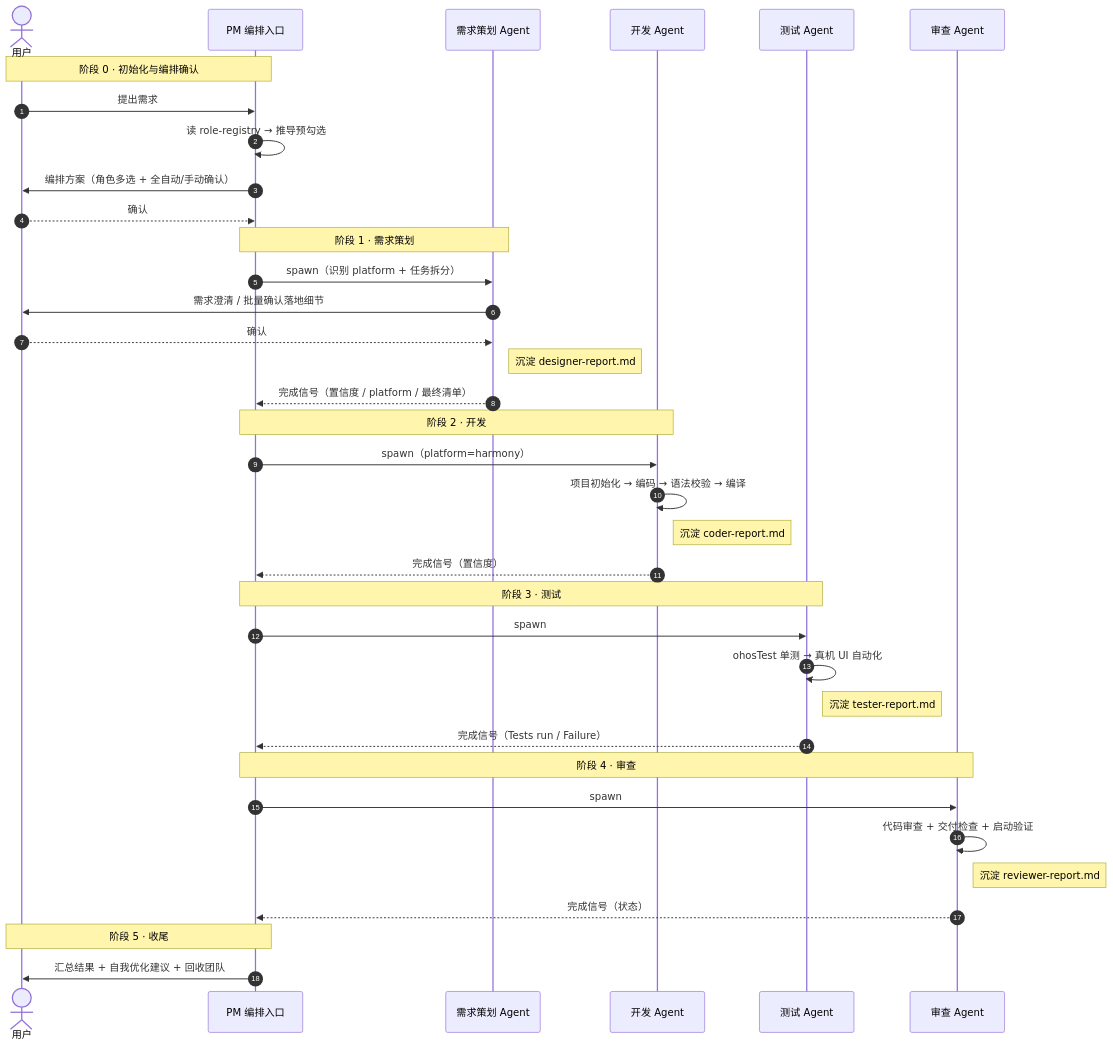
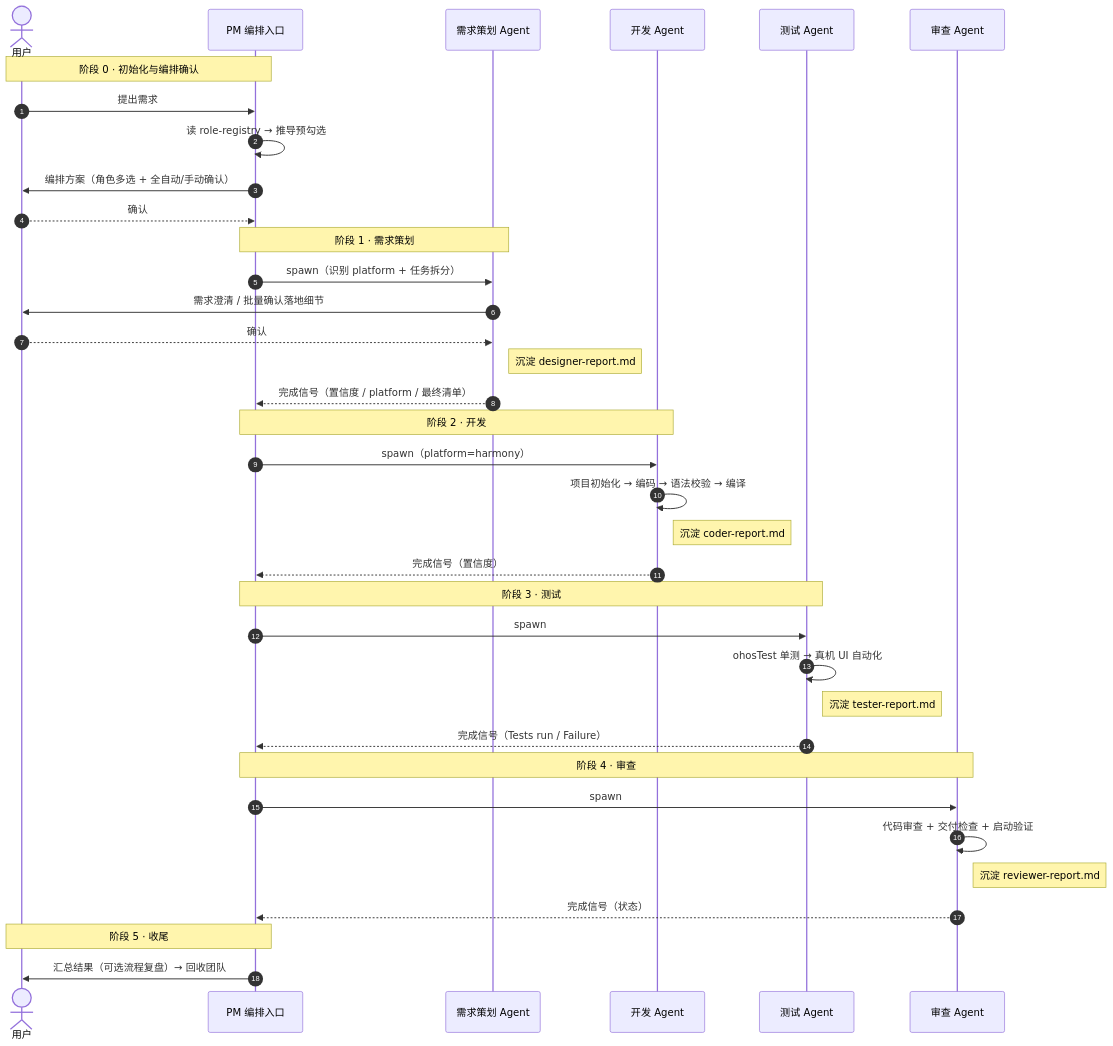
The fifth of 5 diagrams in README.md (pen-ll/ai-team), drawn with Mermaid before and after one commit. The commit also changed other lines of this file and 1 other file, not shown here.

````diff
--- a/README.md
+++ b/README.md
@@ -361,44 +368,44 @@
 ```mermaid
 sequenceDiagram
     autonumber
     actor U as 用户
     participant PM as PM 编排入口
     participant D as 需求策划 Agent
     participant C as 开发 Agent
     participant T as 测试 Agent
     participant R as 审查 Agent
 
     Note over U,PM: 阶段 0 · 初始化与编排确认
     U->>PM: 提出需求
     PM->>PM: 读 role-registry → 推导预勾选
     PM->>U: 编排方案（角色多选 + 全自动/手动确认）
     U-->>PM: 确认
 
     Note over PM,D: 阶段 1 · 需求策划
     PM->>D: spawn（识别 platform + 任务拆分）
     D->>U: 需求澄清 / 批量确认落地细节
     U-->>D: 确认
     Note right of D: 沉淀 designer-report.md
     D-->>PM: 完成信号（置信度 / platform / 最终清单）
 
     Note over PM,C: 阶段 2 · 开发
     PM->>C: spawn（platform=harmony）
     C->>C: 项目初始化 → 编码 → 语法校验 → 编译
     Note right of C: 沉淀 coder-report.md
     C-->>PM: 完成信号（置信度）
 
     Note over PM,T: 阶段 3 · 测试
     PM->>T: spawn
     T->>T: ohosTest 单测 → 真机 UI 自动化
     Note right of T: 沉淀 tester-report.md
     T-->>PM: 完成信号（Tests run / Failure）
 
     Note over PM,R: 阶段 4 · 审查
     PM->>R: spawn
     R->>R: 代码审查 + 交付检查 + 启动验证
     Note right of R: 沉淀 reviewer-report.md
     R-->>PM: 完成信号（状态）
 
     Note over U,PM: 阶段 5 · 收尾
-    PM->>U: 汇总结果 + 自我优化建议 + 回收团队
+    PM->>U: 汇总结果（可选流程复盘）→ 回收团队
 ```
````
